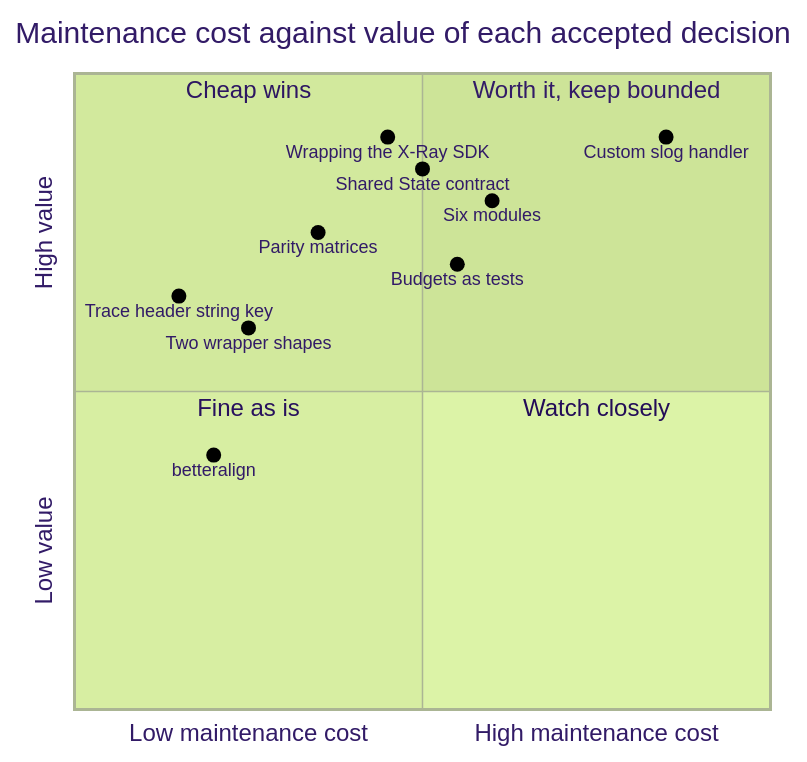
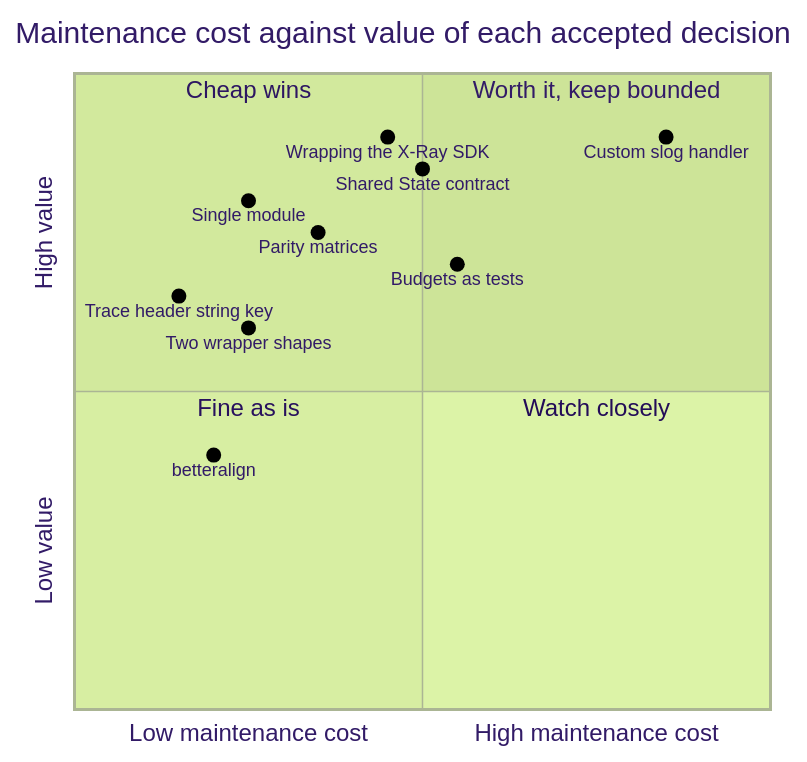
One commit to christiangda/powertools-lambda-go-plan changed the diagram in 11-maintainability.md. Above: the diagram before and after it, drawn with Mermaid (forest theme). The commit also changed other lines of this file and 9 other files, not shown here.

````diff
--- a/11-maintainability.md
+++ b/11-maintainability.md
@@ -34,19 +34,19 @@
 ```mermaid
 quadrantChart
   title Maintenance cost against value of each accepted decision
   x-axis Low maintenance cost --> High maintenance cost
   y-axis Low value --> High value
   quadrant-1 Worth it, keep bounded
   quadrant-2 Cheap wins
   quadrant-3 Fine as is
   quadrant-4 Watch closely
   Custom slog handler: [0.85, 0.9]
-  Six modules: [0.6, 0.8]
+  Single module: [0.25, 0.8]
   Shared State contract: [0.5, 0.85]
   Wrapping the X-Ray SDK: [0.45, 0.9]
   Budgets as tests: [0.55, 0.7]
   betteralign: [0.2, 0.4]
   Two wrapper shapes: [0.25, 0.6]
   Parity matrices: [0.35, 0.75]
   Trace header string key: [0.15, 0.65]
 ```
````
